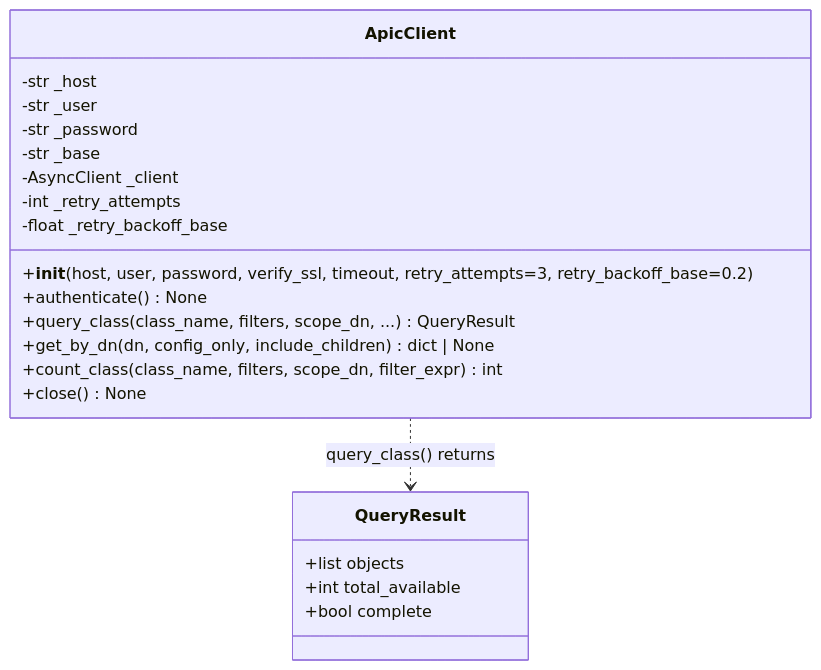
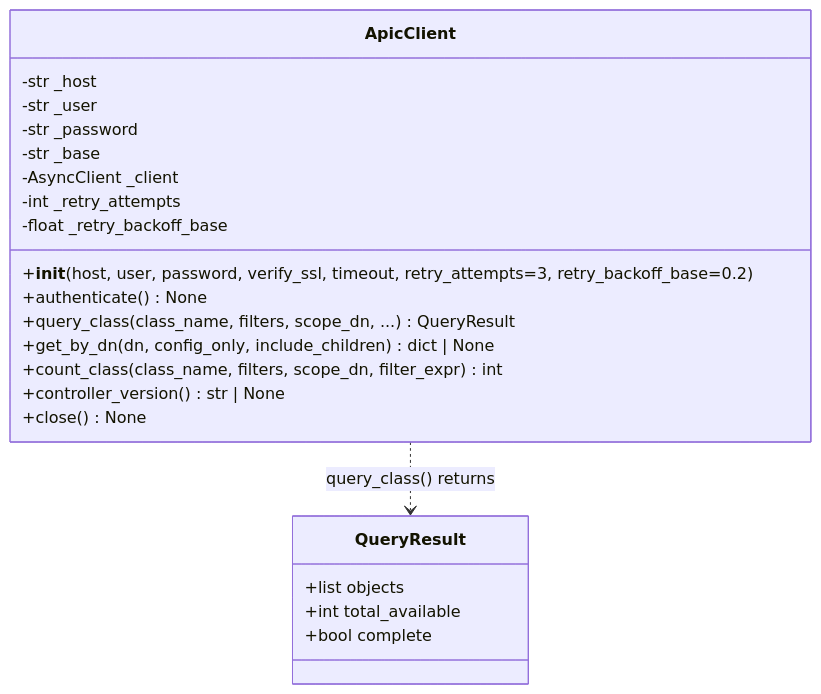
One commit to k3l0-dev/niwashi-mcp changed the first of 3 diagrams in docs/internals/apic-client.md. Above: the diagram before and after it, drawn with Mermaid. The commit also changed other lines of this file and 10 other files, not shown here.

````diff
--- a/docs/internals/apic-client.md
+++ b/docs/internals/apic-client.md
@@ -11,27 +11,28 @@
 ```mermaid
 classDiagram
     class QueryResult {
         +list objects
         +int total_available
         +bool complete
     }
 
     class ApicClient {
         -str _host
         -str _user
         -str _password
         -str _base
         -AsyncClient _client
         -int _retry_attempts
         -float _retry_backoff_base
 
         +__init__(host, user, password, verify_ssl, timeout, retry_attempts=3, retry_backoff_base=0.2)
         +authenticate() None
         +query_class(class_name, filters, scope_dn, ...) QueryResult
         +get_by_dn(dn, config_only, include_children) dict | None
         +count_class(class_name, filters, scope_dn, filter_expr) int
+        +controller_version() str | None
         +close() None
     }
 
     ApicClient ..> QueryResult : query_class() returns
 ```
````
